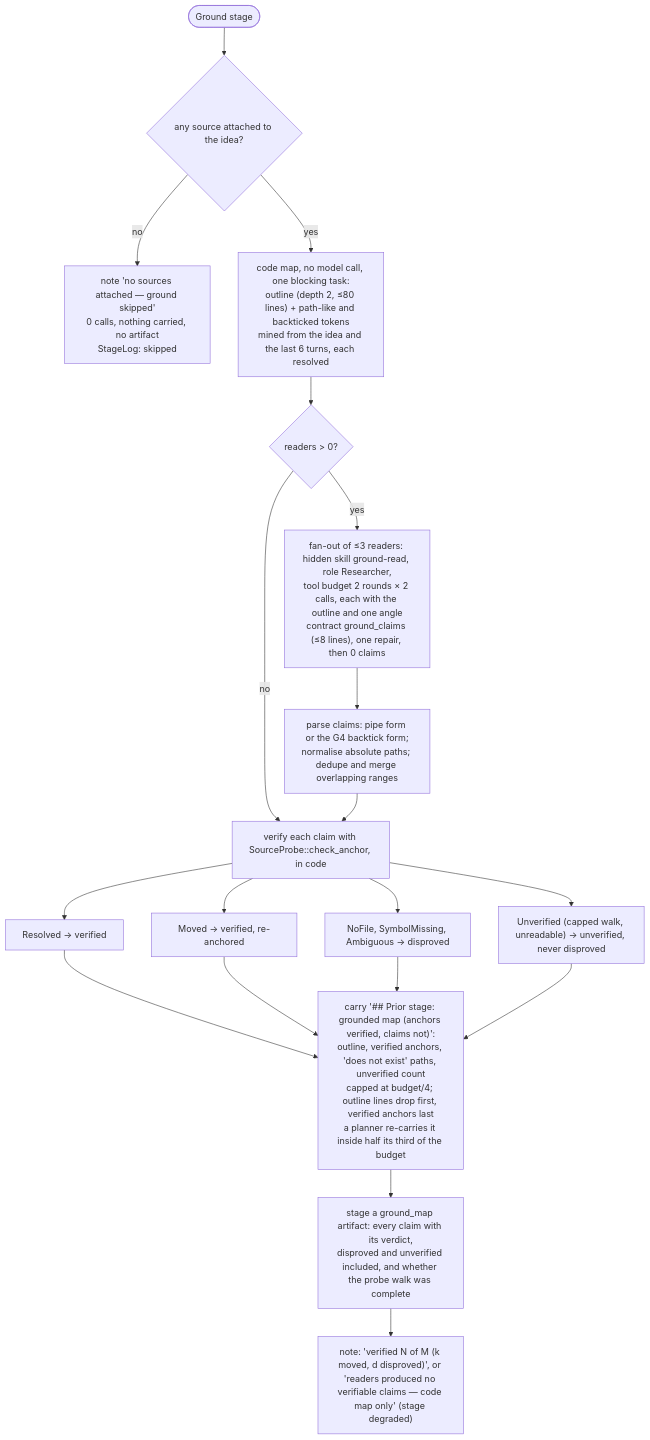
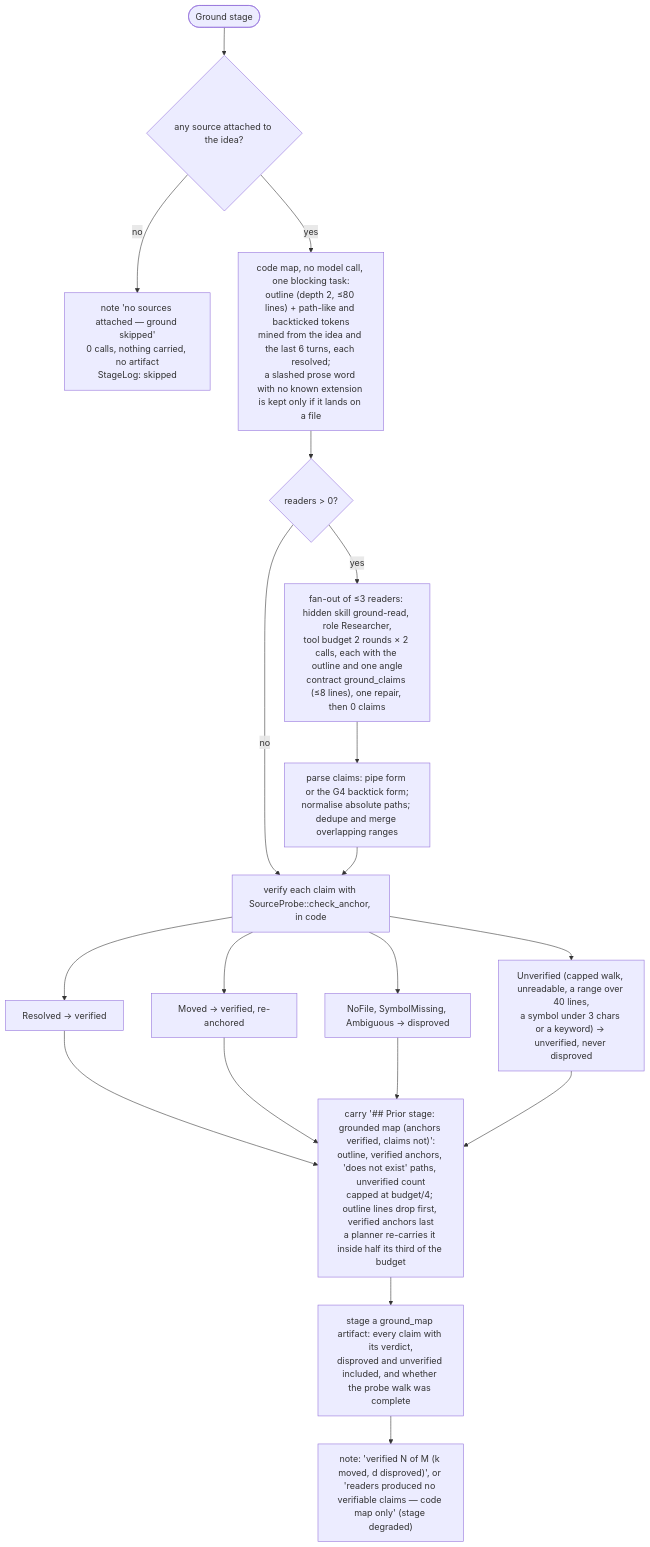
Before and after one commit to jasdian/idea-vault: the third of 6 diagrams in docs/06-concepts/workflows.md, drawn with Mermaid. The commit also changed other lines of this file and 7 other files, not shown here.

````diff
--- a/docs/06-concepts/workflows.md
+++ b/docs/06-concepts/workflows.md
@@ -132,21 +132,21 @@
 ```mermaid
 flowchart TD
     G0(["Ground stage"]) --> SRC{"any source attached to the idea?"}
     SRC -->|"no"| SKIP["note 'no sources attached — ground skipped'<br/>0 calls, nothing carried, no artifact<br/>StageLog: skipped"]
-    SRC -->|"yes"| MAP["code map, no model call, one blocking task:<br/>outline (depth 2, ≤80 lines) + path-like and backticked tokens<br/>mined from the idea and the last 6 turns, each resolved"]
+    SRC -->|"yes"| MAP["code map, no model call, one blocking task:<br/>outline (depth 2, ≤80 lines) + path-like and backticked tokens<br/>mined from the idea and the last 6 turns, each resolved;<br/>a slashed prose word with no known extension is kept only if it lands on a file"]
     MAP --> RD{"readers > 0?"}
     RD -->|"no"| VER
     RD -->|"yes"| READ["fan-out of ≤3 readers: hidden skill ground-read, role Researcher,<br/>tool budget 2 rounds × 2 calls, each with the outline and one angle<br/>contract ground_claims (≤8 lines), one repair, then 0 claims"]
     READ --> PARSE["parse claims: pipe form or the G4 backtick form;<br/>normalise absolute paths; dedupe and merge overlapping ranges"]
     PARSE --> VER["verify each claim with SourceProbe::check_anchor, in code"]
     VER --> V1["Resolved → verified"]
     VER --> V2["Moved → verified, re-anchored"]
     VER --> V3["NoFile, SymbolMissing, Ambiguous → disproved"]
-    VER --> V4["Unverified (capped walk, unreadable) → unverified, never disproved"]
+    VER --> V4["Unverified (capped walk, unreadable, a range over 40 lines,<br/>a symbol under 3 chars or a keyword) → unverified, never disproved"]
     V1 --> CARRY
     V2 --> CARRY
     V3 --> CARRY
     V4 --> CARRY
     CARRY["carry '## Prior stage: grounded map (anchors verified, claims not)':<br/>outline, verified anchors, 'does not exist' paths, unverified count<br/>capped at budget/4; outline lines drop first, verified anchors last<br/>a planner re-carries it inside half its third of the budget"] --> ART["stage a ground_map artifact: every claim with its verdict,<br/>disproved and unverified included, and whether the probe walk was complete"]
     ART --> SUM["note: 'verified N of M (k moved, d disproved)', or 'readers produced no verifiable claims — code map only' (stage degraded)"]
 ```
````
